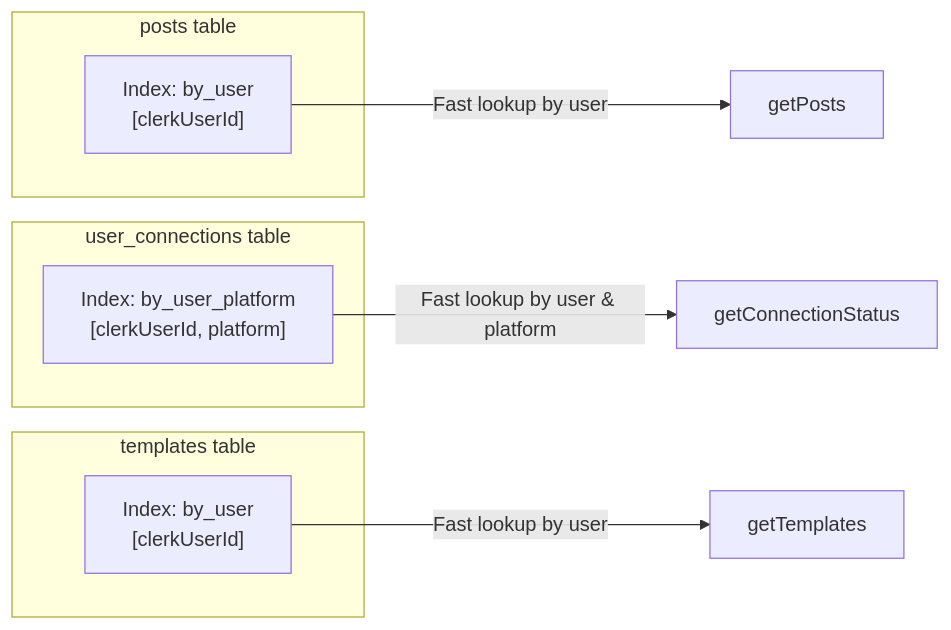
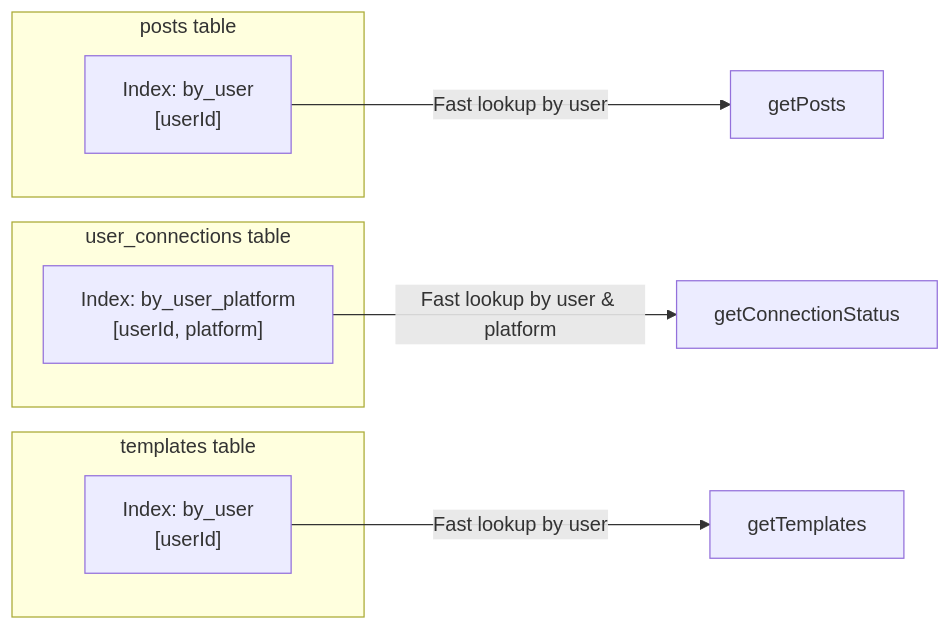
One commit to robertguss/social_post changed the tenth of 22 diagrams in docs/ARCHITECTURE_DIAGRAMS.md. Above: the diagram before and after it, drawn with Mermaid. The commit also changed other lines of this file and 32 other files, not shown here.

````diff
--- a/docs/ARCHITECTURE_DIAGRAMS.md
+++ b/docs/ARCHITECTURE_DIAGRAMS.md
@@ -338,18 +338,18 @@
 ```mermaid
 graph LR
     subgraph "posts table"
-        PostsIndex["Index: by_user<br/>[clerkUserId]"]
+        PostsIndex["Index: by_user<br/>[userId]"]
     end
 
     subgraph "user_connections table"
-        ConnectionsIndex["Index: by_user_platform<br/>[clerkUserId, platform]"]
+        ConnectionsIndex["Index: by_user_platform<br/>[userId, platform]"]
     end
 
     subgraph "templates table"
-        TemplatesIndex["Index: by_user<br/>[clerkUserId]"]
+        TemplatesIndex["Index: by_user<br/>[userId]"]
     end
 
     PostsIndex --> |"Fast lookup by user"| Query1[getPosts]
     ConnectionsIndex --> |"Fast lookup by user & platform"| Query2[getConnectionStatus]
     TemplatesIndex --> |"Fast lookup by user"| Query3[getTemplates]
 ```
````
